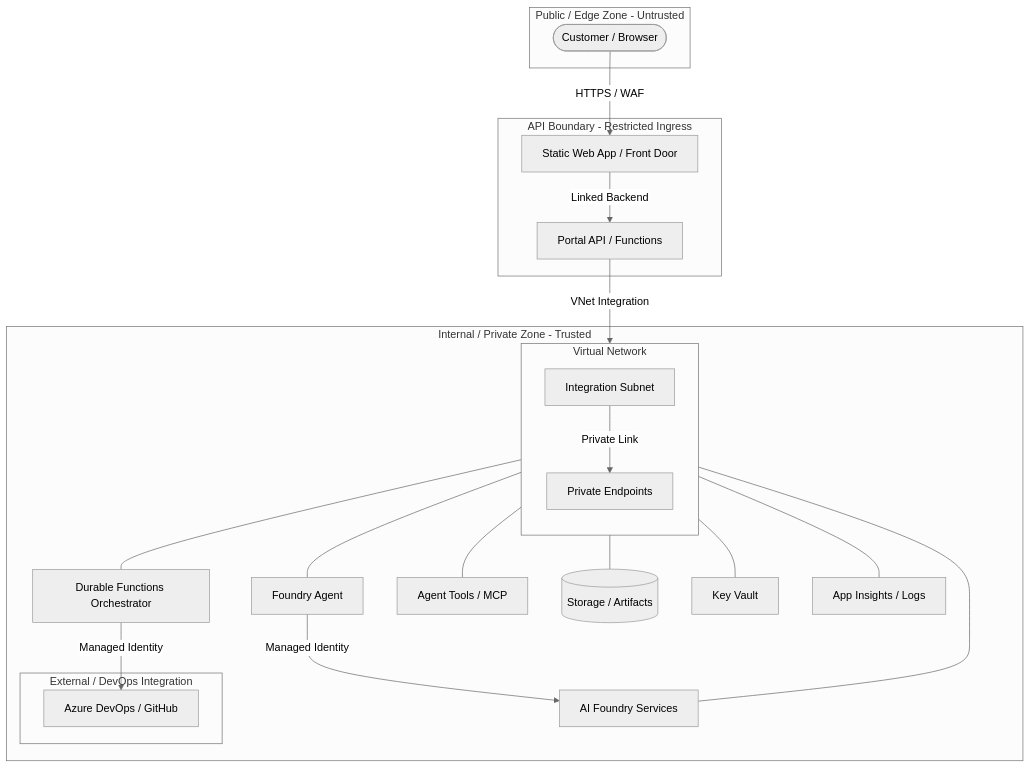
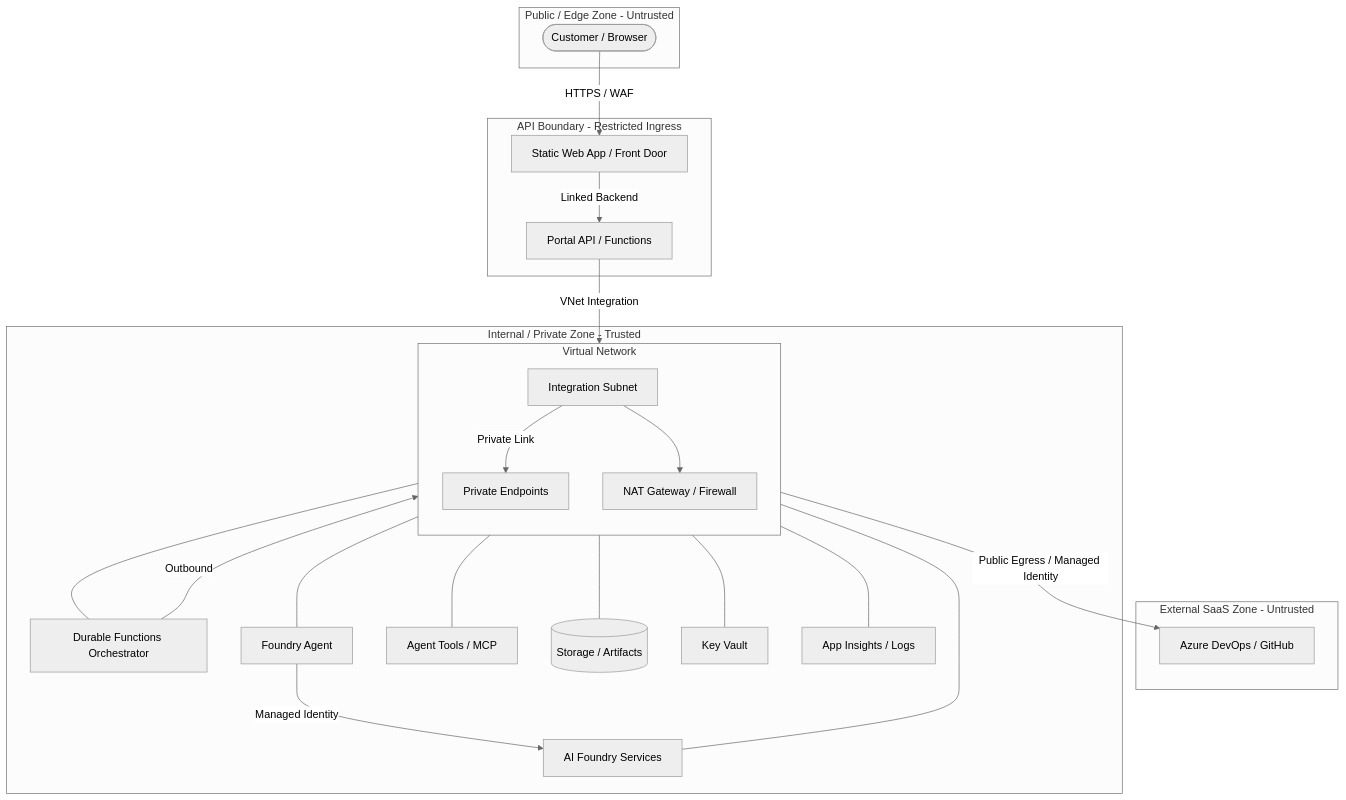
One commit to wildersa/azure_ref_kit changed the diagram in building-blocks/security/network-boundary-notes/README.md. Above: the diagram before and after it, drawn with Mermaid (neutral theme). The commit also changed other lines of this file, not shown here.

First line of the commit message:
docs: add outbound access boundary and DevOps identity guidance

````diff
--- a/building-blocks/security/network-boundary-notes/README.md
+++ b/building-blocks/security/network-boundary-notes/README.md
@@ -9,46 +9,53 @@
 ```mermaid
 flowchart TD
     subgraph PublicZone [Public / Edge Zone - Untrusted]
         User([Customer / Browser])
     end
 
     subgraph APIBoundary [API Boundary - Restricted Ingress]
         SWA[Static Web App / Front Door]
         API[Portal API / Functions]
     end
 
+    subgraph SaaSZone [External SaaS Zone - Untrusted]
+        DevOps[Azure DevOps / GitHub]
+    end
+
     subgraph InternalZone [Internal / Private Zone - Trusted]
         subgraph VNet [Virtual Network]
             direction TB
             PE[Private Endpoints]
             Subnet[Integration Subnet]
+            Egress[NAT Gateway / Firewall]
         end
 
         Orchestrator[Durable Functions Orchestrator]
         Agent[Foundry Agent]
         Tools[Agent Tools / MCP]
         Storage[(Storage / Artifacts)]
         KV[Key Vault]
         AI[AI Foundry Services]
         Logs[App Insights / Logs]
-
-        subgraph ExternalIntegration [External / DevOps Integration]
-            DevOps[Azure DevOps / GitHub]
-        end
     end
 
     User -->|HTTPS / WAF| SWA
     SWA -->|Linked Backend| API
+
+    %% Private Link Traffic (Internal)
     API -->|VNet Integration| Subnet
     Subnet -->|Private Link| PE
     PE --- Orchestrator
     PE --- Agent
     PE --- Tools
     PE --- Storage
     PE --- KV
     PE --- AI
     PE --- Logs
 
-    Orchestrator -->|Managed Identity| DevOps
+    %% Controlled Outbound Egress (External)
+    Orchestrator -->|Outbound| Subnet
+    Subnet --> Egress
+    Egress -->|Public Egress / Managed Identity| DevOps
+
     Agent -->|Managed Identity| AI
 ```
````
